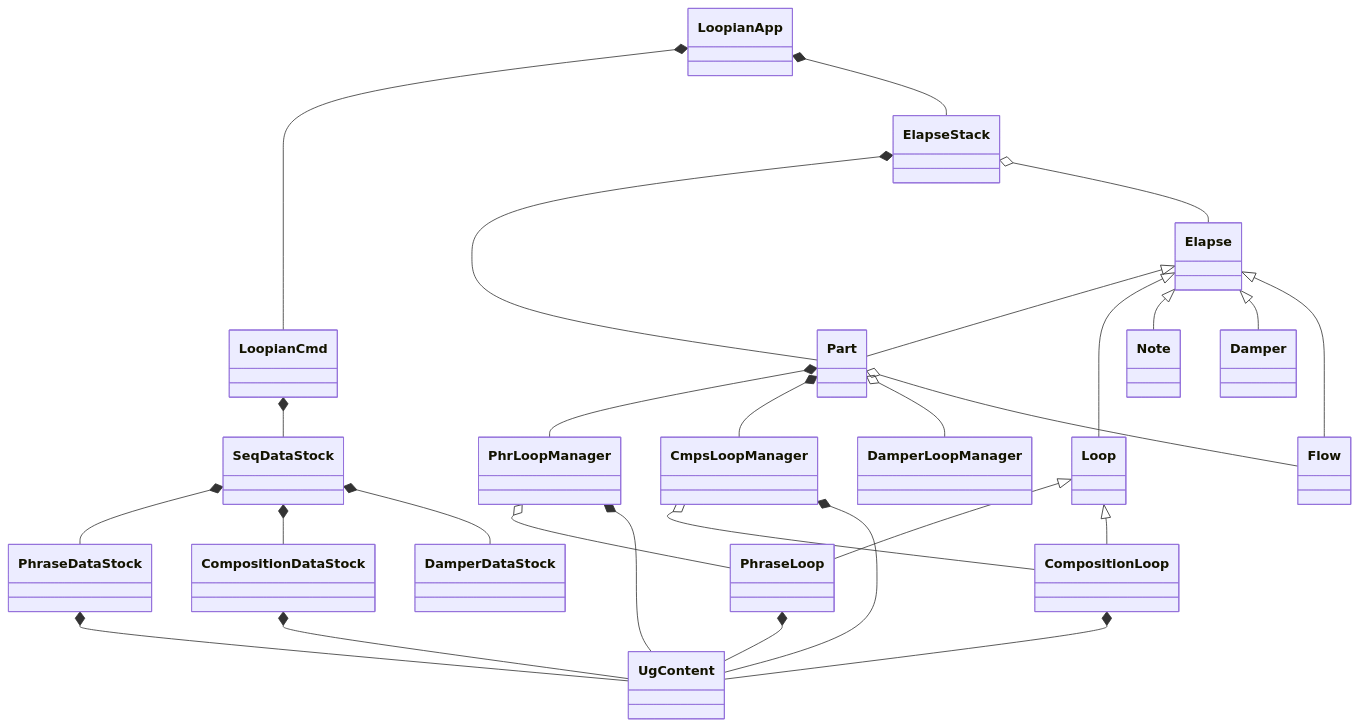
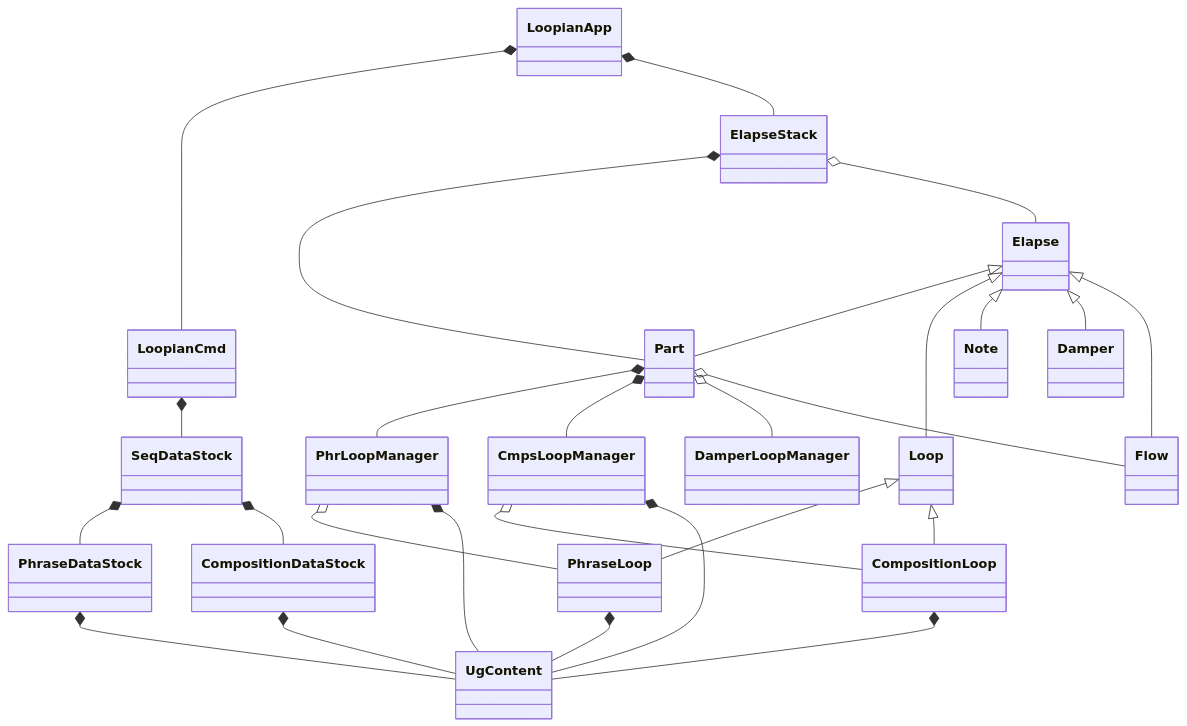
Before and after one commit to hasebems/Loopian_Rust: the diagram in doc/idea.md, drawn with Mermaid. The commit also changed other lines of this file, not shown here.

````diff
--- a/doc/idea.md
+++ b/doc/idea.md
@@ -105,30 +105,29 @@
 ```mermaid
 classDiagram
 LoopianApp *-- LoopianCmd
 LoopianApp *-- ElapseStack
 Elapse <|-- Part
 Elapse <|-- Loop
 Loop <|-- PhraseLoop
 Loop <|-- CompositionLoop
 Elapse <|-- Note
 Elapse <|-- Damper
 Elapse <|-- Flow
 ElapseStack *-- Part
 ElapseStack o-- Elapse
 LoopianCmd *-- SeqDataStock
 SeqDataStock *-- PhraseDataStock
 SeqDataStock *-- CompositionDataStock
-SeqDataStock *-- DamperDataStock
 Part *-- PhrLoopManager
 Part *-- CmpsLoopManager
 Part o-- DamperLoopManager
 Part o-- Flow
 PhrLoopManager o-- PhraseLoop
 CmpsLoopManager o-- CompositionLoop
 PhrLoopManager *-- UgContent
 CmpsLoopManager *-- UgContent
 PhraseLoop *-- UgContent
 CompositionLoop *-- UgContent
 PhraseDataStock *-- UgContent
 CompositionDataStock *-- UgContent
 ```
````
